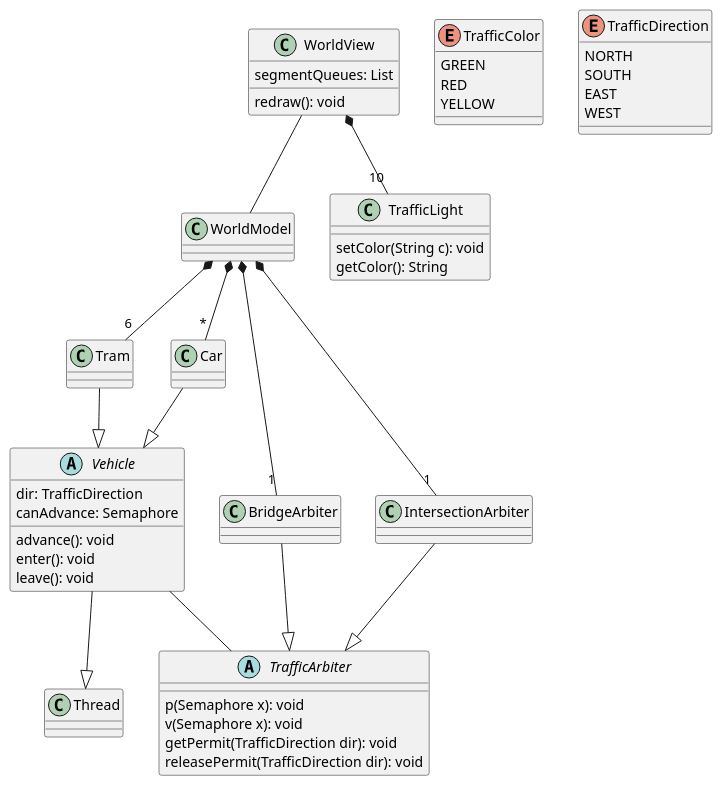
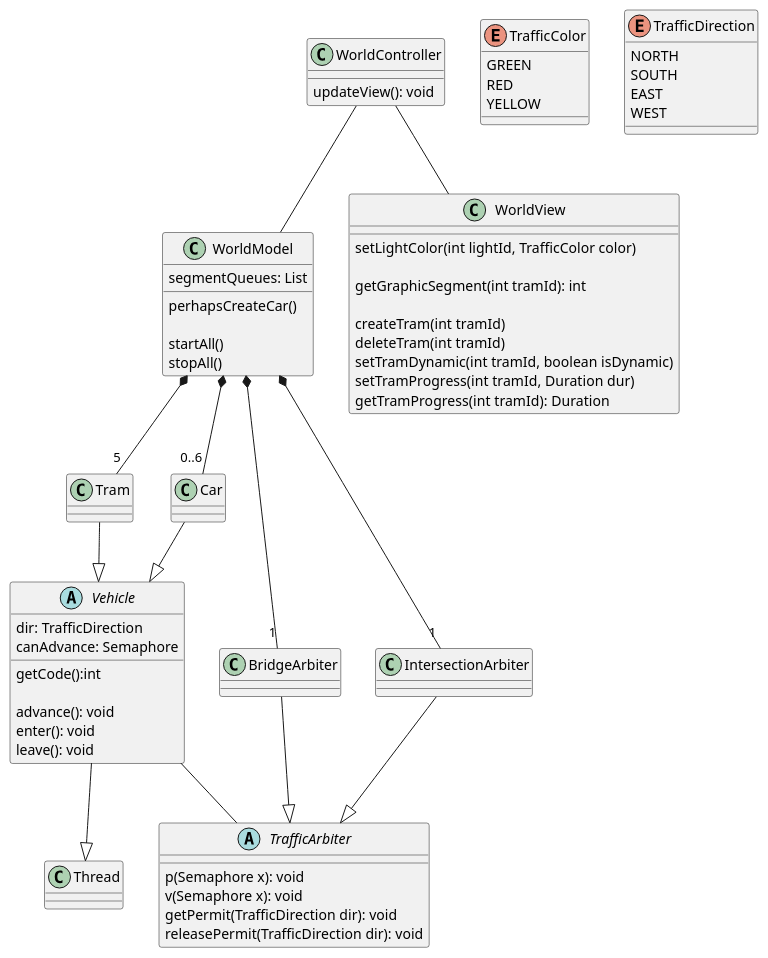
One commit to wanisramdani/tramway changed the diagram in tramway.puml. Above: the diagram before and after it, drawn with PlantUML. The commit also changed 2 other files, not shown here.

Commit message:
Update README and UML class diagrams

```diff
--- a/tramway.puml
+++ b/tramway.puml
@@ -1,69 +1,82 @@
 @startuml tramway
 
+class WorldController {
+  updateView(): void
+}
+WorldController -- WorldModel
+WorldController -- WorldView
+
 class WorldView {
-  segmentQueues: List
-  
-  redraw(): void
+  setLightColor(int lightId, TrafficColor color)
+
+  getGraphicSegment(int tramId): int
+
+  createTram(int tramId)
+  deleteTram(int tramId)
+  setTramDynamic(int tramId, boolean isDynamic)
+  setTramProgress(int tramId, Duration dur)
+  getTramProgress(int tramId): Duration
 }
-WorldView -- WorldModel
-WorldView *-- "10" TrafficLight
 
 class WorldModel {
+  segmentQueues: List
+
+  perhapsCreateCar()
+
+  startAll()
+  stopAll()
 }
-WorldModel *-- "6" Tram
-WorldModel *-- "*" Car
+WorldModel *-- "5" Tram
+WorldModel *-- "0..6" Car
 WorldModel *-- "1" BridgeArbiter
 WorldModel *-- "1" IntersectionArbiter
 
 abstract class TrafficArbiter {
   p(Semaphore x): void
   v(Semaphore x): void
   getPermit(TrafficDirection dir): void
   releasePermit(TrafficDirection dir): void
 }
 
 class BridgeArbiter {
 }
 BridgeArbiter --|> TrafficArbiter
 
 class IntersectionArbiter {
 }
 IntersectionArbiter --|> TrafficArbiter
 
 abstract class Vehicle {
   dir: TrafficDirection
   canAdvance: Semaphore
 
+  getCode():int
+
   advance(): void
   enter(): void
   leave(): void
 }
 class Tram {
 }
 class Car {
 }
 Tram --|> Vehicle
 Car --|> Vehicle
 Vehicle -- TrafficArbiter
 
 Vehicle --|> Thread
-
-class TrafficLight {
-  setColor(String c): void
-  getColor(): String
-}
 
 enum TrafficColor {
   GREEN
   RED
   YELLOW
 }
 
 enum TrafficDirection {
   NORTH
   SOUTH
   EAST
   WEST
 }
 
 @enduml
```
